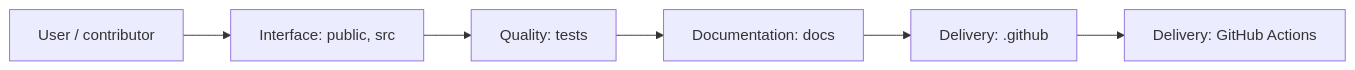
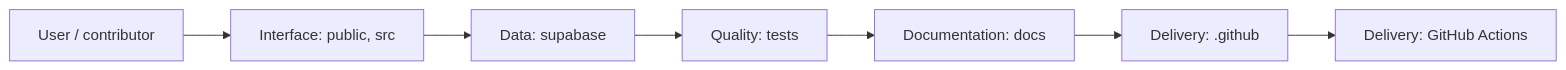
The third of 7 diagrams in README.md (Nischhalsubba/blink-and-find), drawn with Mermaid before and after one commit. The commit also changed other lines of this file, not shown here.

````diff
--- a/README.md
+++ b/README.md
@@ -76,9 +113,10 @@
 ```mermaid
 flowchart LR
-    ACTOR["User / contributor"]
-    ACTOR --> A0["Interface: public, src"]
-    A0 --> A1["Quality: tests"]
-    A1 --> A2["Documentation: docs"]
-    A2 --> A3["Delivery: .github"]
-    A3 --> DELIVERY["Delivery: GitHub Actions"]
+    USER["User / contributor"]
+    USER --> A0["Interface: public, src"]
+    A0 --> A1["Data: supabase"]
+    A1 --> A2["Quality: tests"]
+    A2 --> A3["Documentation: docs"]
+    A3 --> A4["Delivery: .github"]
+    A4 --> DELIVERY["Delivery: GitHub Actions"]
 ```
````
